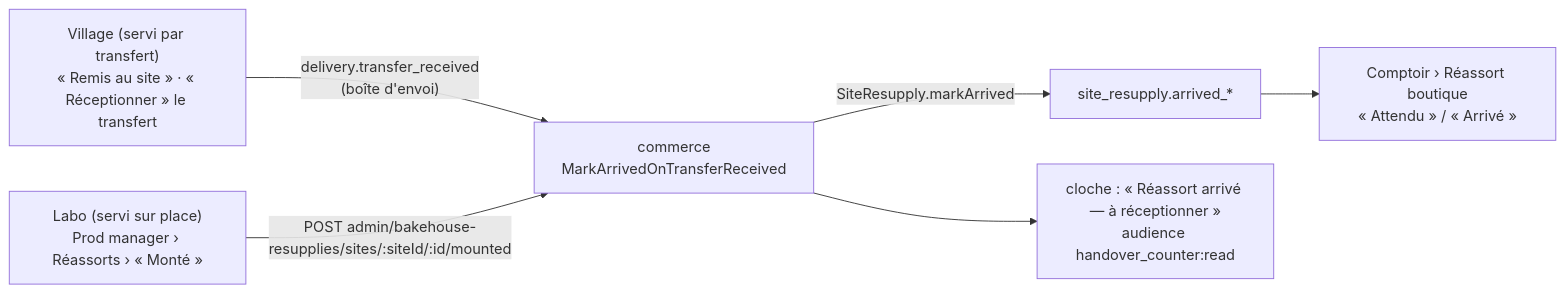
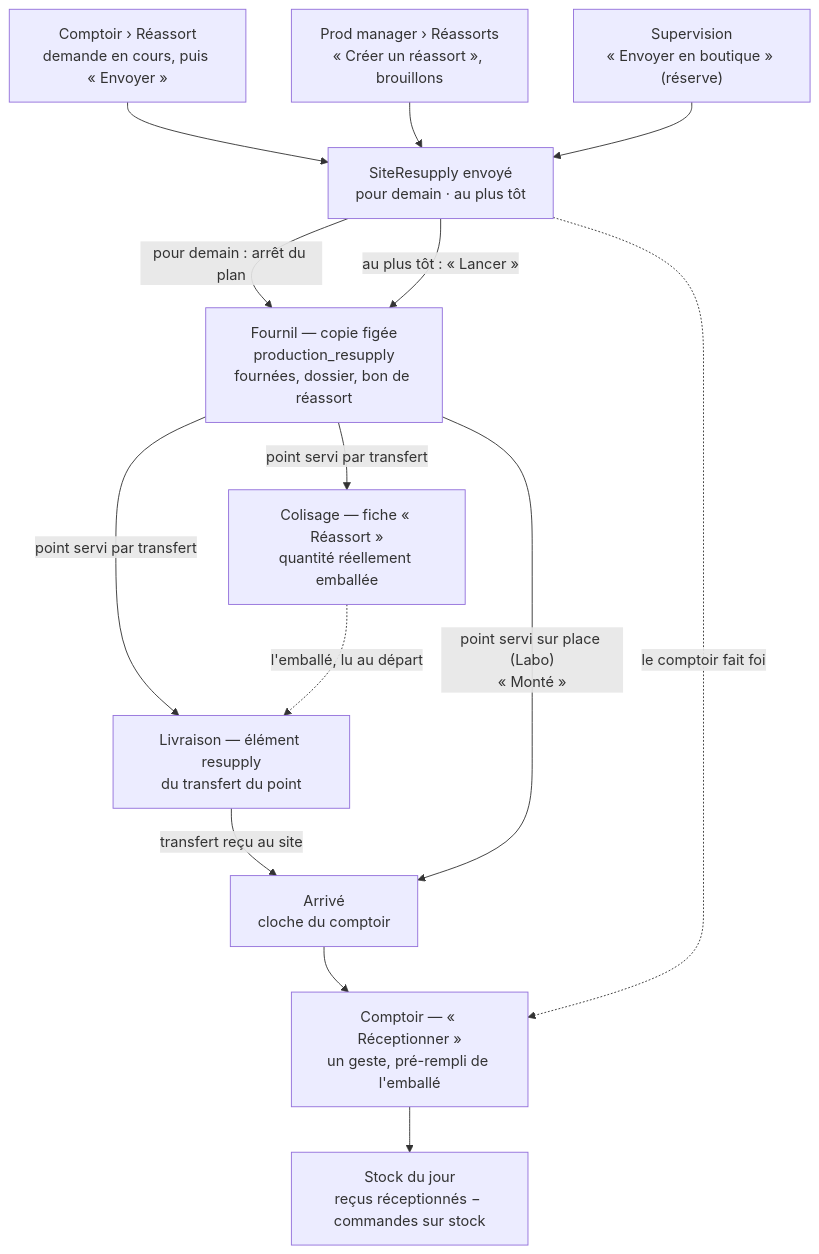
Before and after one commit to hugoheynard/lfd: the diagram in documentation/reassort-boutiques/README.md, drawn with Mermaid. The commit also changed other lines of this file and 135 other files, not shown here.

````diff
--- a/documentation/reassort-boutiques/README.md
+++ b/documentation/reassort-boutiques/README.md
@@ -441,8 +44,16 @@
 ```mermaid
-flowchart LR
-  V["Village (servi par transfert)<br/>« Remis au site » · « Réceptionner » le transfert"] -->|"delivery.transfer_received<br/>(boîte d'envoi)"| A["commerce<br/>MarkArrivedOnTransferReceived"]
-  L["Labo (servi sur place)<br/>Prod manager › Réassorts › « Monté »"] -->|"POST admin/bakehouse-resupplies/sites/:siteId/:id/mounted"| A
-  A -->|"SiteResupply.markArrived"| S["site_resupply.arrived_*"]
-  A --> C["cloche : « Réassort arrivé — à réceptionner »<br/>audience handover_counter:read"]
-  S --> R["Comptoir › Réassort boutique<br/>« Attendu » / « Arrivé »"]
+flowchart TD
+  C["Comptoir › Réassort<br/>demande en cours, puis « Envoyer »"] --> S["SiteResupply envoyé<br/>pour demain · au plus tôt"]
+  B["Prod manager › Réassorts<br/>« Créer un réassort », brouillons"] --> S
+  V["Supervision<br/>« Envoyer en boutique » (réserve)"] --> S
+  S -->|"pour demain : arrêt du plan"| F["Fournil — copie figée<br/>production_resupply<br/>fournées, dossier, bon de réassort"]
+  S -->|"au plus tôt : « Lancer »"| F
+  F -->|"point servi par transfert"| K["Colisage — fiche « Réassort »<br/>quantité réellement emballée"]
+  F -->|"point servi par transfert"| T["Livraison — élément resupply<br/>du transfert du point"]
+  K -.->|"l'emballé, lu au départ"| T
+  T -->|"transfert reçu au site"| A["Arrivé<br/>cloche du comptoir"]
+  F -->|"point servi sur place (Labo)<br/>« Monté »"| A
+  A --> R["Comptoir — « Réceptionner »<br/>un geste, pré-rempli de l'emballé"]
+  S -.->|"le comptoir fait foi"| R
+  R --> D["Stock du jour<br/>reçus réceptionnés − commandes sur stock"]
 ```
````
